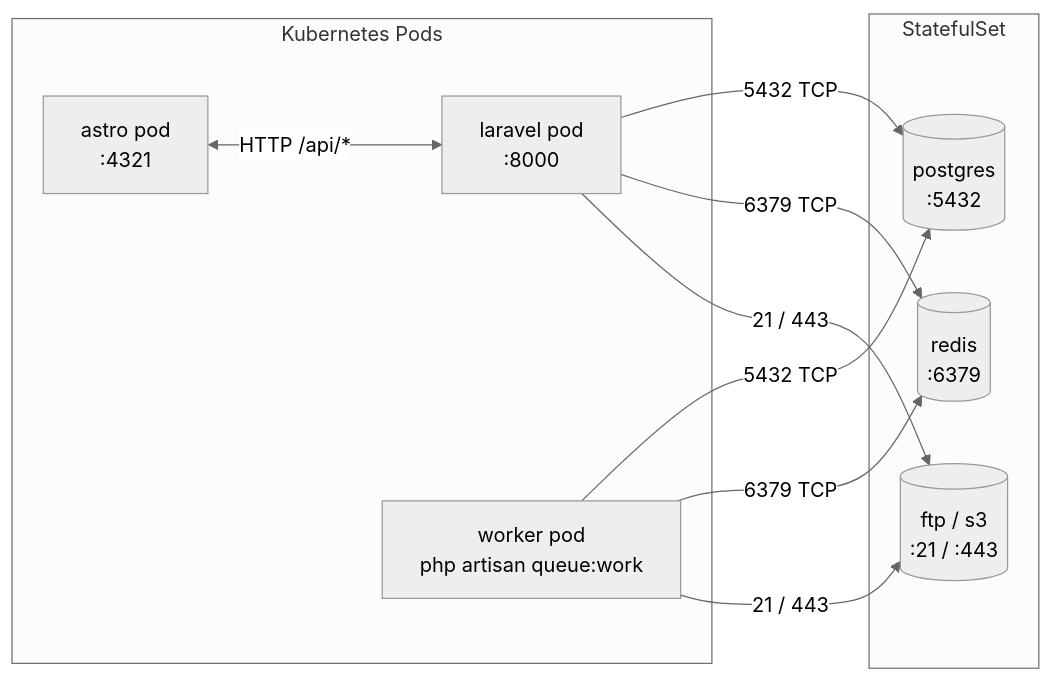
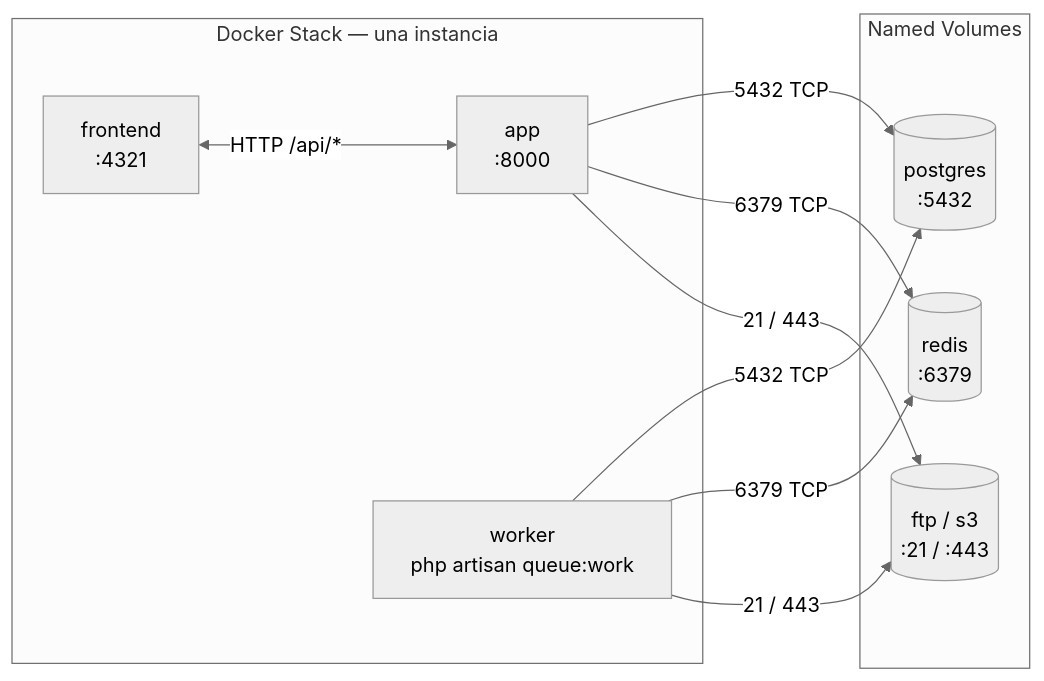
One commit to D4nitrix13/AtlasCommerce changed the fourth of 4 diagrams in docs/architecture/flow.md. Above: the diagram before and after it, drawn with Mermaid (neutral theme). The commit also changed other lines of this file and 7 other files, not shown here.

````diff
--- a/docs/architecture/flow.md
+++ b/docs/architecture/flow.md
@@ -190,21 +207,21 @@
 ```mermaid
 flowchart LR
-    subgraph Pods["Kubernetes Pods"]
-        Astro["astro pod<br/>:4321"]
-        PHP["laravel pod<br/>:8000"]
-        Worker["worker pod<br/>php artisan queue:work"]
+    subgraph Stack["Docker Stack — una instancia"]
+        Astro["frontend<br/>:4321"]
+        App["app<br/>:8000"]
+        Worker["worker<br/>php artisan queue:work"]
     end
-    subgraph Stateful["StatefulSet"]
+    subgraph Volumes["Named Volumes"]
         PG[("postgres<br/>:5432")]
         RD[("redis<br/>:6379")]
         FTP_S[("ftp / s3<br/>:21 / :443")]
     end
 
-    Astro <-->|"HTTP /api/*"| PHP
-    PHP -->|"5432 TCP"| PG
-    PHP -->|"6379 TCP"| RD
+    Astro <-->|"HTTP /api/*"| App
+    App -->|"5432 TCP"| PG
+    App -->|"6379 TCP"| RD
     Worker -->|"5432 TCP"| PG
     Worker -->|"6379 TCP"| RD
     Worker -->|"21 / 443"| FTP_S
-    PHP -->|"21 / 443"| FTP_S
+    App -->|"21 / 443"| FTP_S
 ```
````
